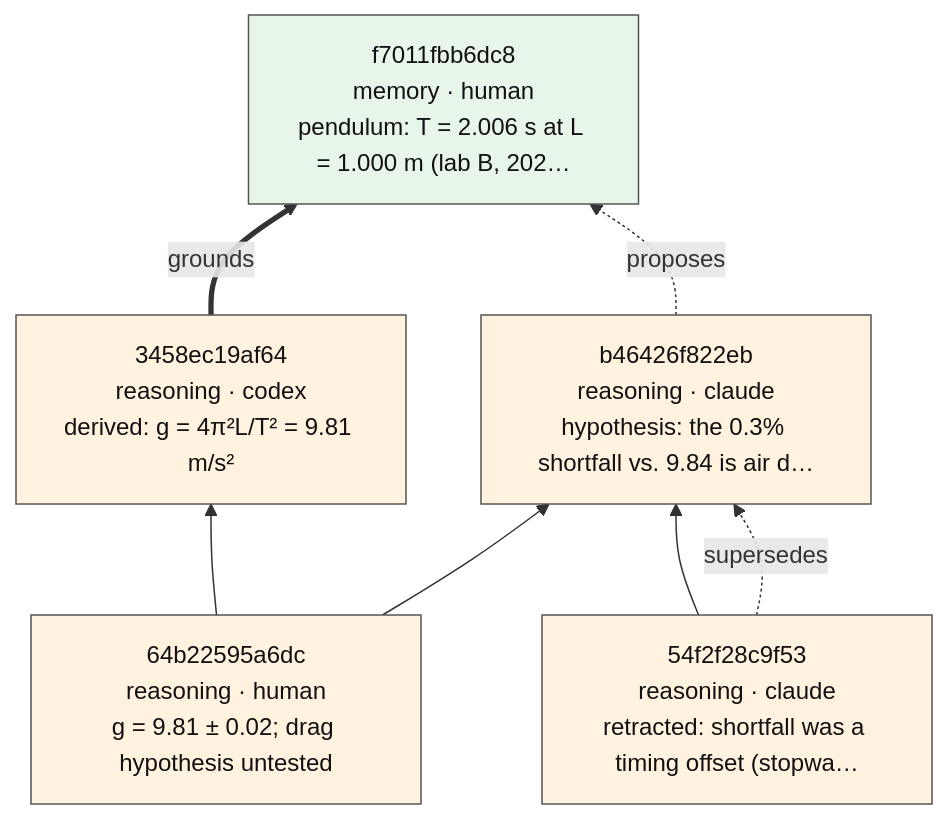
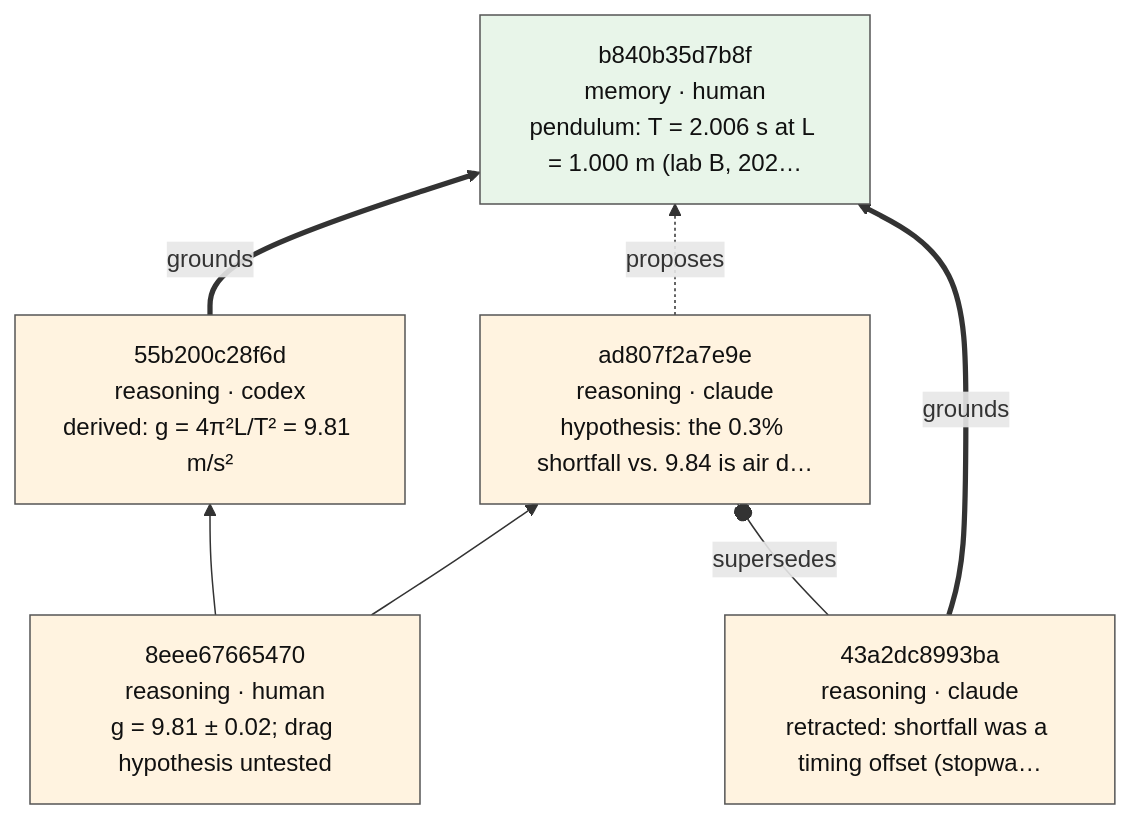
One commit to nickjoven/ket changed the second of 3 diagrams in docs/DEMO.md. Above: the diagram before and after it, drawn with Mermaid. The commit also changed other lines of this file and 1 other file, not shown here.

Commit message:
docs: research demo text and graph follow the sealed supersedes edge
Claude-Session: https://claude.ai/code/session_01VbMFLhopUkxoapLdHE6GJo

````diff
--- a/docs/DEMO.md
+++ b/docs/DEMO.md
@@ -279,21 +278,21 @@
 ```mermaid
 graph BT
-  nf7011fbb6dc8["f7011fbb6dc8<br/>memory · human<br/>pendulum: T = 2.006 s at L = 1.000 m (lab B, 202…"]
-  class nf7011fbb6dc8 memory
-  n3458ec19af64["3458ec19af64<br/>reasoning · codex<br/>derived: g = 4π²L/T² = 9.81 m/s²"]
-  class n3458ec19af64 reasoning
-  nb46426f822eb["b46426f822eb<br/>reasoning · claude<br/>hypothesis: the 0.3% shortfall vs. 9.84 is air d…"]
-  class nb46426f822eb reasoning
-  n64b22595a6dc["64b22595a6dc<br/>reasoning · human<br/>g = 9.81 ± 0.02; drag hypothesis untested"]
-  class n64b22595a6dc reasoning
-  n54f2f28c9f53["54f2f28c9f53<br/>reasoning · claude<br/>retracted: shortfall was a timing offset (stopwa…"]
-  class n54f2f28c9f53 reasoning
-  n3458ec19af64 ==>|grounds| nf7011fbb6dc8
-  nb46426f822eb -.->|proposes| nf7011fbb6dc8
-  n64b22595a6dc --> n3458ec19af64
-  n64b22595a6dc --> nb46426f822eb
-  n54f2f28c9f53 --> nb46426f822eb
-  n54f2f28c9f53 -. supersedes .-> nb46426f822eb
+  nb840b35d7b8f["b840b35d7b8f<br/>memory · human<br/>pendulum: T = 2.006 s at L = 1.000 m (lab B, 202…"]
+  class nb840b35d7b8f memory
+  n55b200c28f6d["55b200c28f6d<br/>reasoning · codex<br/>derived: g = 4π²L/T² = 9.81 m/s²"]
+  class n55b200c28f6d reasoning
+  nad807f2a7e9e["ad807f2a7e9e<br/>reasoning · claude<br/>hypothesis: the 0.3% shortfall vs. 9.84 is air d…"]
+  class nad807f2a7e9e reasoning
+  n8eee67665470["8eee67665470<br/>reasoning · human<br/>g = 9.81 ± 0.02; drag hypothesis untested"]
+  class n8eee67665470 reasoning
+  n43a2dc8993ba["43a2dc8993ba<br/>reasoning · claude<br/>retracted: shortfall was a timing offset (stopwa…"]
+  class n43a2dc8993ba reasoning
+  n55b200c28f6d ==>|grounds| nb840b35d7b8f
+  nad807f2a7e9e -.->|proposes| nb840b35d7b8f
+  n8eee67665470 --> n55b200c28f6d
+  n8eee67665470 --> nad807f2a7e9e
+  n43a2dc8993ba --o|supersedes| nad807f2a7e9e
+  n43a2dc8993ba ==>|grounds| nb840b35d7b8f
   classDef memory fill:#E8F5E9,stroke:#555,color:#111
   classDef reasoning fill:#FFF3E0,stroke:#555,color:#111
 ```
````
